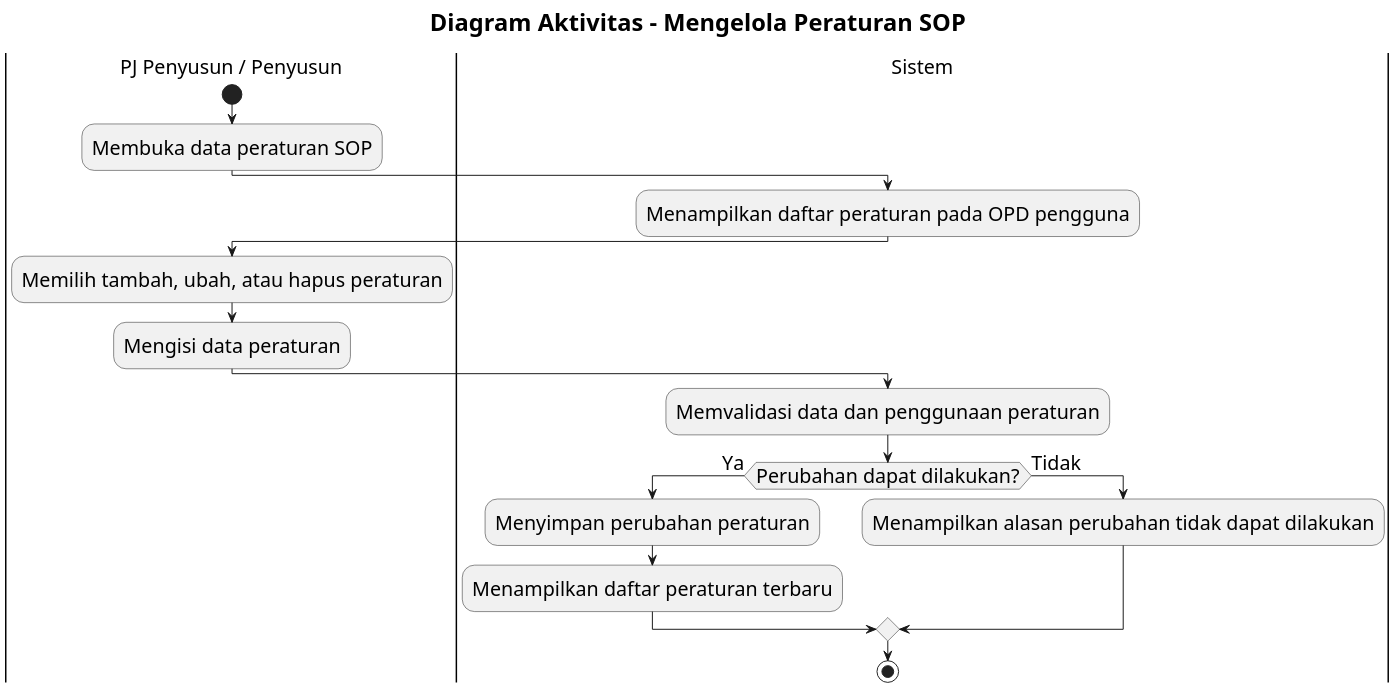
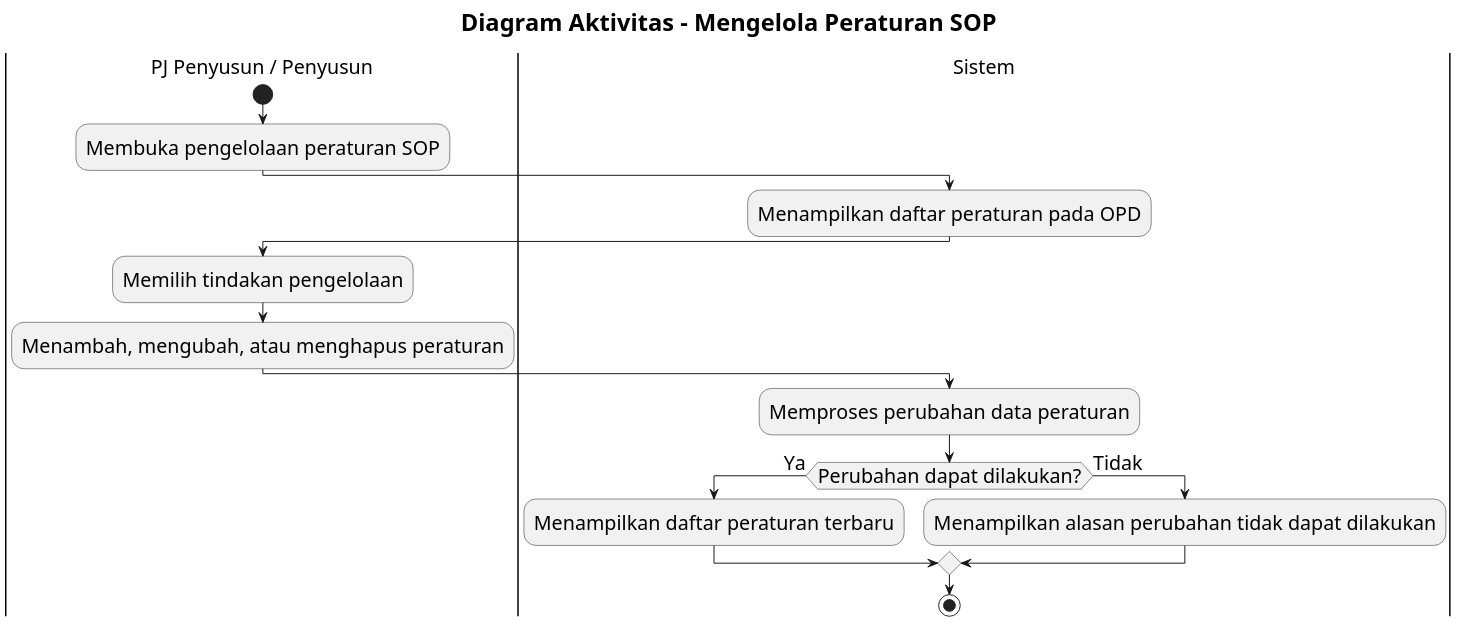
One commit to howlil/sop-generate-app changed the diagram in docs/activity-diagram/lampiran/pj-penyusun-penyusun-mengelola-peraturan-sop.md. Above: the diagram before and after it, drawn with PlantUML. The commit also changed 20 other files, not shown here.

Commit message:
docs(activity): simplify flows to business-level design

````diff
--- a/docs/activity-diagram/lampiran/pj-penyusun-penyusun-mengelola-peraturan-sop.md
+++ b/docs/activity-diagram/lampiran/pj-penyusun-penyusun-mengelola-peraturan-sop.md
@@ -16,33 +16,32 @@
 ```plantuml
 @startuml
 skinparam defaultFontSize 20
 skinparam titleFontSize 24
 skinparam dpi 160
 
 title Diagram Aktivitas - Mengelola Peraturan SOP
 
 |PJ Penyusun / Penyusun|
 start
-:Membuka data peraturan SOP;
+:Membuka pengelolaan peraturan SOP;
 
 |Sistem|
-:Menampilkan daftar peraturan pada OPD pengguna;
+:Menampilkan daftar peraturan pada OPD;
 
 |PJ Penyusun / Penyusun|
-:Memilih tambah, ubah, atau hapus peraturan;
-:Mengisi data peraturan;
+:Memilih tindakan pengelolaan;
+:Menambah, mengubah, atau menghapus peraturan;
 
 |Sistem|
-:Memvalidasi data dan penggunaan peraturan;
+:Memproses perubahan data peraturan;
 
 if (Perubahan dapat dilakukan?) then (Ya)
-  :Menyimpan perubahan peraturan;
   :Menampilkan daftar peraturan terbaru;
 else (Tidak)
   :Menampilkan alasan perubahan tidak dapat dilakukan;
 endif
 
 stop
 
 @enduml
 ```
````
